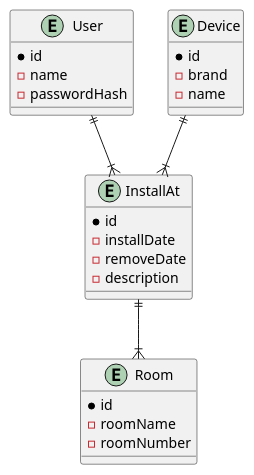
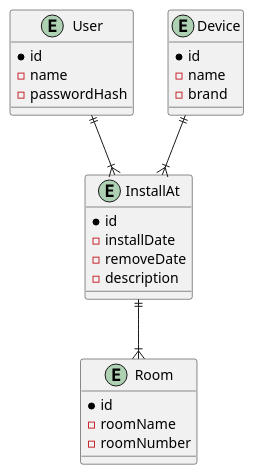
The diagram in backend/asciidocs/erd.puml (htl-leonding-project/5ahif-syp-chromecast-manager), drawn with PlantUML before and after one commit. The commit also changed other lines of this file and 9 other files, not shown here.

```diff
--- a/backend/asciidocs/erd.puml
+++ b/backend/asciidocs/erd.puml
@@ -1,31 +1,31 @@
 @startuml
 entity User {
    * id
    - name
    - passwordHash
 }
 
 entity Device{
    * id
+   - name
    - brand
-   - name
 }
 
 entity InstallAt {
    * id
    - installDate
    - removeDate
    -  description
 }
 
 entity Room{
     * id
     - roomName
     - roomNumber
 }
 
 User ||--|{ InstallAt
 Device ||--|{ InstallAt
 InstallAt ||--|{ Room
 
 @enduml
```
